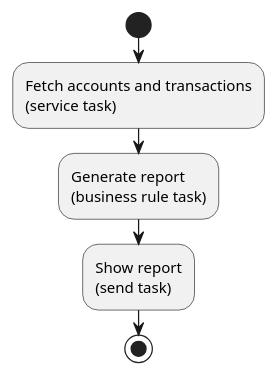
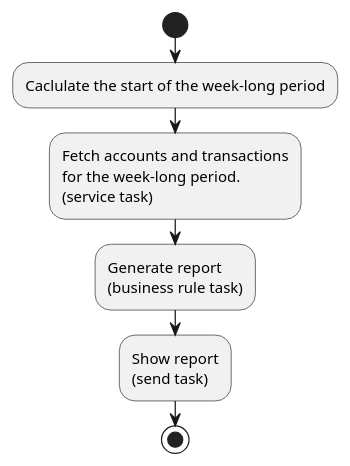
One commit to hristo-stefanov/MiniBankingDemo changed the diagram in diagrams/Present Accounts and RoundUps Activity Diagram.puml. Above: the diagram before and after it, drawn with PlantUML. The commit also changed 7 other files, not shown here.

```diff
--- a/diagrams/Present Accounts and RoundUps Activity Diagram.puml
+++ b/diagrams/Present Accounts and RoundUps Activity Diagram.puml
@@ -1,14 +1,16 @@
 @startuml
 'https://plantuml.com/activity-diagram-beta
 
 |app|
 start
+:Caclulate the start of the week-long period;
 :Fetch accounts and transactions
+for the week-long period.
 (service task);
 :Generate report
 (business rule task);
 :Show report
 (send task);
 stop
 
 @enduml
```
